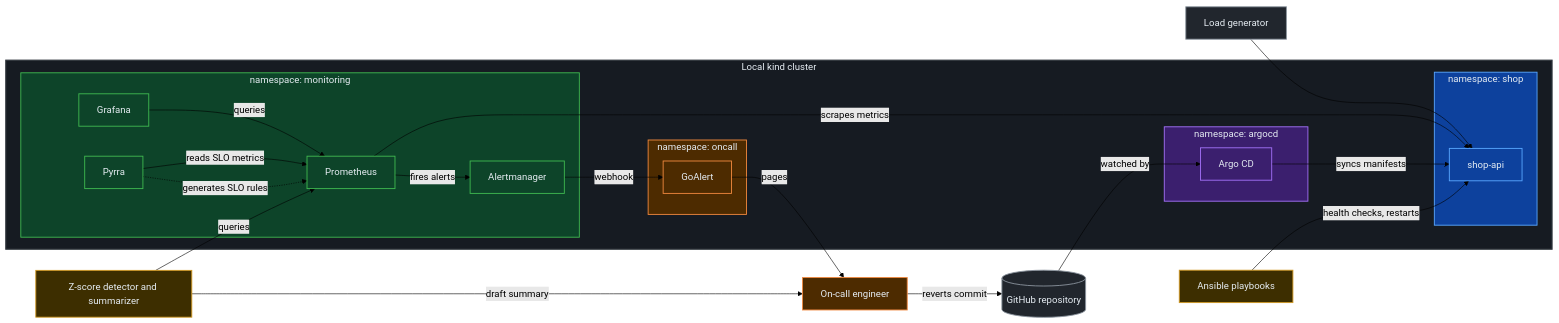
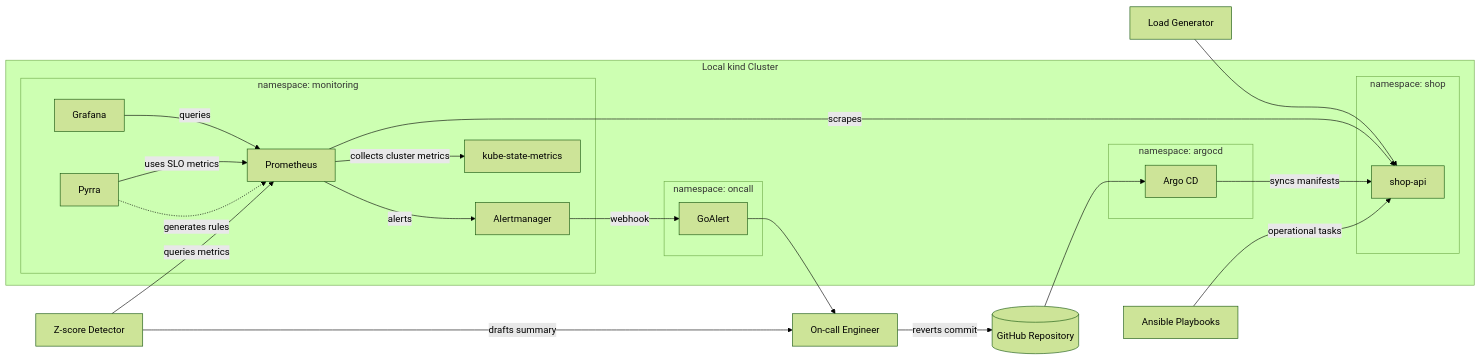
Before and after one commit to aliaagamall/site-reliability-engineering: the diagram in module-04-sre-operating-model/docs/00-scope-and-architecture.md, drawn with Mermaid (forest theme). The commit also changed other lines of this file and 2 other files, not shown here.

````diff
--- a/module-04-sre-operating-model/docs/00-scope-and-architecture.md
+++ b/module-04-sre-operating-model/docs/00-scope-and-architecture.md
@@ -49,58 +44,43 @@
 ```mermaid
 flowchart LR
-    LG[Load generator] --> API
+    LG[Load Generator] --> API
 
-    subgraph kind["Local kind cluster"]
+    subgraph kind["Local kind Cluster"]
         subgraph shop["namespace: shop"]
             API[shop-api]
         end
+
         subgraph mon["namespace: monitoring"]
             PROM[Prometheus]
             GRAF[Grafana]
             PYR[Pyrra]
             AM[Alertmanager]
+            KSM[kube-state-metrics]
         end
+
         subgraph oc["namespace: oncall"]
             GA[GoAlert]
         end
+
         subgraph gitops["namespace: argocd"]
             ARGO[Argo CD]
         end
     end
 
-    PROM -- scrapes metrics --> API
-    GRAF -- queries --> PROM
-    PYR -- reads SLO metrics --> PROM
-    PYR -. generates SLO rules .-> PROM
-    PROM -- fires alerts --> AM
-    AM -- webhook --> GA
-    GA -- pages --> ENG[On-call engineer]
+    PROM -->|scrapes| API
+    PROM -->|collects cluster metrics| KSM
+    GRAF -->|queries| PROM
+    PYR -->|uses SLO metrics| PROM
+    PYR -.->|generates rules| PROM
+    PROM -->|alerts| AM
+    AM -->|webhook| GA
+    GA --> ENG[On-call Engineer]
 
-    GH[(GitHub repository)] -- watched by --> ARGO
-    ARGO -- syncs manifests --> API
-    ENG -- reverts commit --> GH
+    GH[(GitHub Repository)] --> ARGO
+    ARGO -->|syncs manifests| API
+    ENG -->|reverts commit| GH
 
-    ANS[Ansible playbooks] -- health checks, restarts --> API
-    AI[Z-score detector and summarizer] -- queries --> PROM
-    AI -- draft summary --> ENG
-
-    classDef external fill:#21262d,stroke:#8b949e,stroke-width:1.5px,color:#e6edf3
-    classDef app fill:#0d419d,stroke:#58a6ff,stroke-width:1.5px,color:#e6edf3
-    classDef monitoring fill:#0d4429,stroke:#3fb950,stroke-width:1.5px,color:#e6edf3
-    classDef oncall fill:#4d2b00,stroke:#f0883e,stroke-width:1.5px,color:#e6edf3
-    classDef gitops fill:#3b1f6e,stroke:#a371f7,stroke-width:1.5px,color:#e6edf3
-    classDef automation fill:#3d2e00,stroke:#d29922,stroke-width:1.5px,color:#e6edf3
-
-    class LG,GH external
-    class API app
-    class PROM,GRAF,PYR,AM monitoring
-    class GA,ENG oncall
-    class ARGO gitops
-    class ANS,AI automation
-
-    style kind fill:#161b22,stroke:#30363d,stroke-width:2px,color:#e6edf3
-    style shop fill:#0d419d,stroke:#58a6ff,stroke-width:1.5px,color:#e6edf3
-    style mon fill:#0d4429,stroke:#3fb950,stroke-width:1.5px,color:#e6edf3
-    style oc fill:#4d2b00,stroke:#f0883e,stroke-width:1.5px,color:#e6edf3
-    style gitops fill:#3b1f6e,stroke:#a371f7,stroke-width:1.5px,color:#e6edf3
+    ANS[Ansible Playbooks] -->|operational tasks| API
+    AI[Z-score Detector] -->|queries metrics| PROM
+    AI -->|drafts summary| ENG
 ```
````
